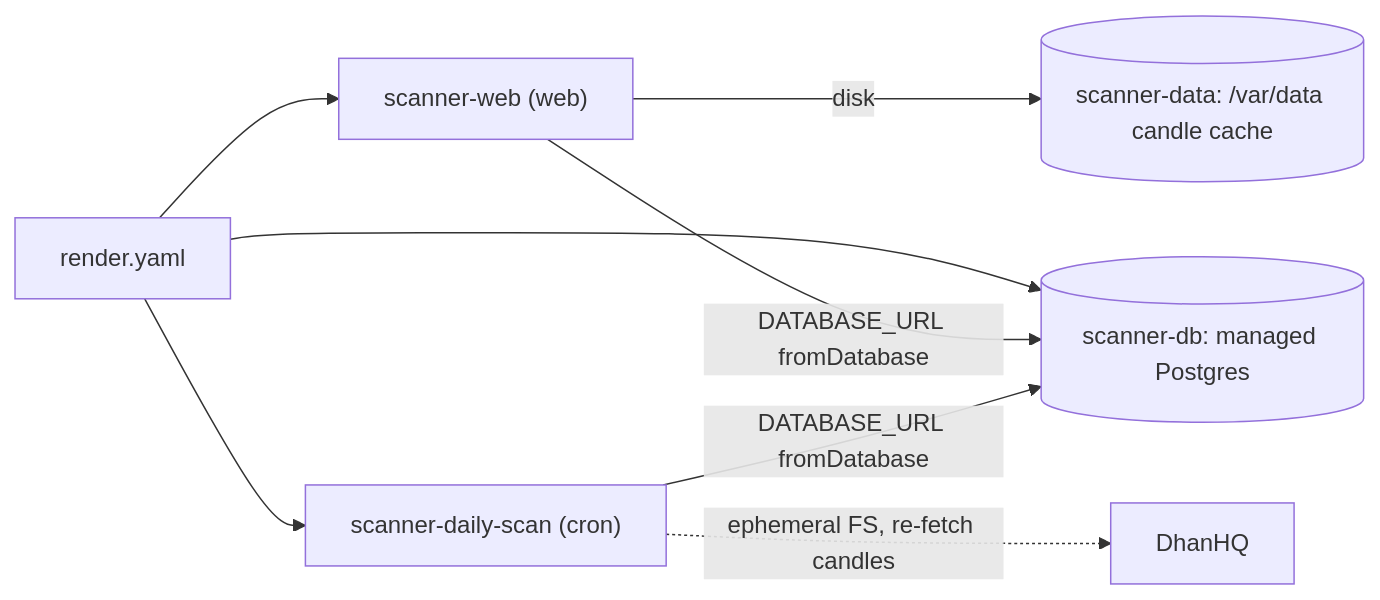
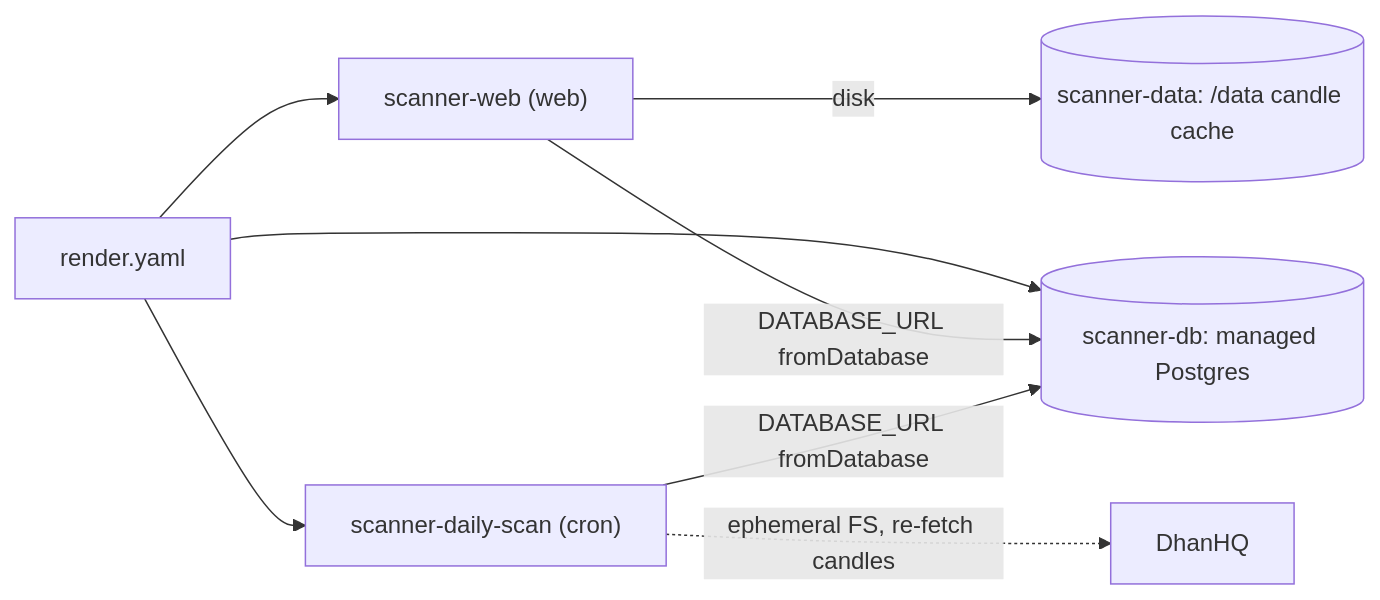
The second of 2 diagrams in docs/architecture/components/deployment-runtime.md (DoRmAmMu1997/Streamlit-Scanner-App), drawn with Mermaid before and after one commit. The commit also changed other lines of this file and 7 other files, not shown here.

````diff
--- a/docs/architecture/components/deployment-runtime.md
+++ b/docs/architecture/components/deployment-runtime.md
@@ -157,10 +157,10 @@
 ```mermaid
 flowchart LR
     Blueprint["render.yaml"] --> Web["scanner-web (web)"]
     Blueprint --> Cron["scanner-daily-scan (cron)"]
     Blueprint --> PG[("scanner-db: managed Postgres")]
-    Web -->|disk| Disk[("scanner-data: /var/data candle cache")]
+    Web -->|disk| Disk[("scanner-data: /data candle cache")]
     Web -->|DATABASE_URL fromDatabase| PG
     Cron -->|DATABASE_URL fromDatabase| PG
     Cron -.->|ephemeral FS, re-fetch candles| Dhan["DhanHQ"]
 ```
````
